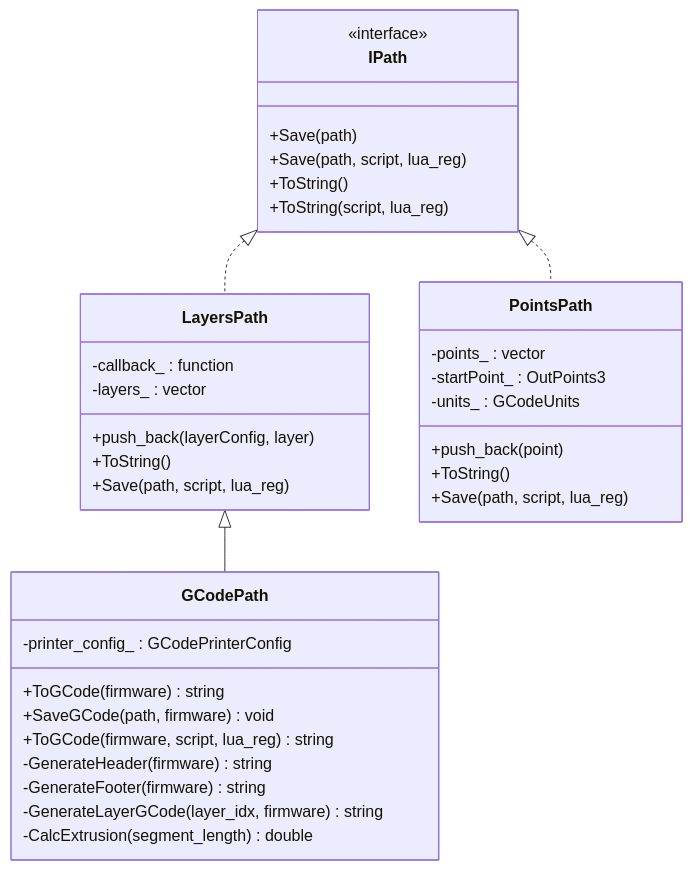
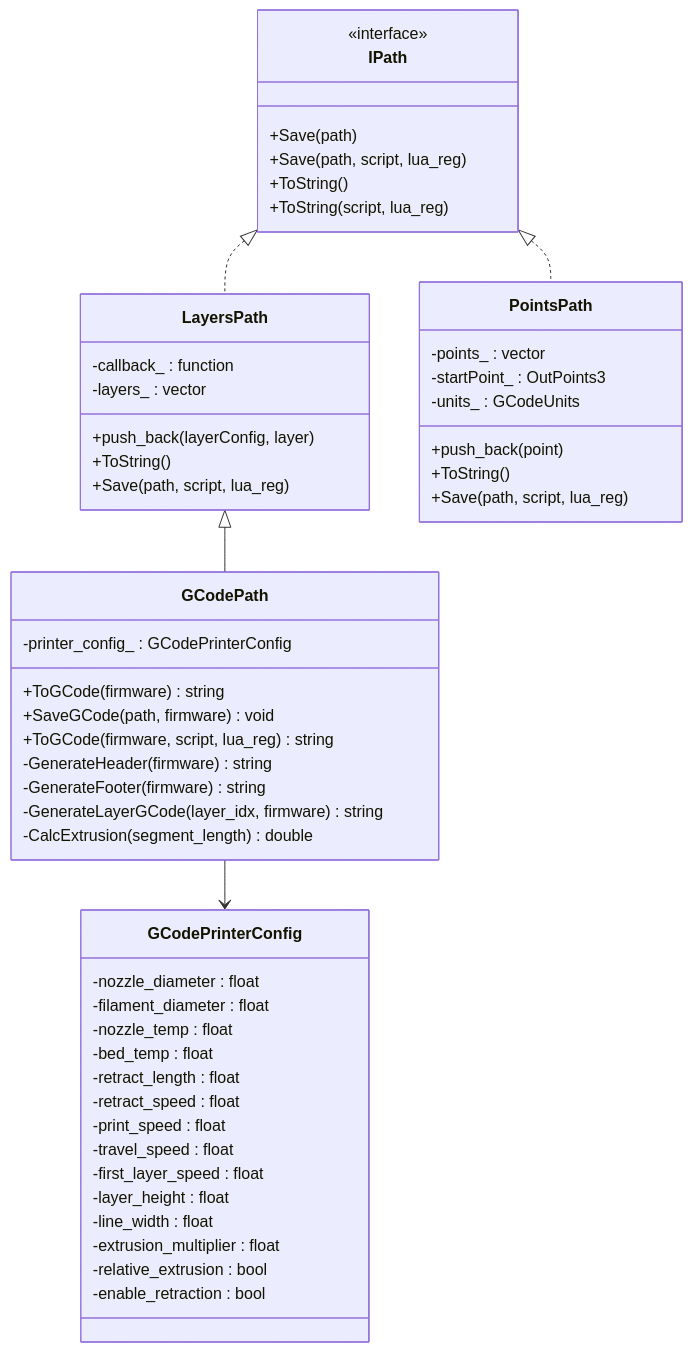
One commit to hsmbanlance/HsBaSlicer changed the third of 8 diagrams in .qoder/repowiki/en/content/Model Processing/Model Preprocessing System.md. Above: the diagram before and after it, drawn with Mermaid. The commit also changed other lines of this file and 14 other files, not shown here.

````diff
--- a/.qoder/repowiki/en/content/Model Processing/Model Preprocessing System.md
+++ b/.qoder/repowiki/en/content/Model Processing/Model Preprocessing System.md
@@ -153,38 +163,55 @@
 ```mermaid
 classDiagram
 class IPath {
 <<interface>>
 +Save(path)
 +Save(path, script, lua_reg)
 +ToString()
 +ToString(script, lua_reg)
 }
 class LayersPath {
 -callback_ : function
 -layers_ : vector<LayersData>
 +push_back(layerConfig, layer)
 +ToString()
 +Save(path, script, lua_reg)
 }
 class GCodePath {
 -printer_config_ : GCodePrinterConfig
 +ToGCode(firmware) string
 +SaveGCode(path, firmware) void
 +ToGCode(firmware, script, lua_reg) string
 -GenerateHeader(firmware) string
 -GenerateFooter(firmware) string
 -GenerateLayerGCode(layer_idx, firmware) string
 -CalcExtrusion(segment_length) double
 }
 class PointsPath {
 -points_ : vector<GPoint>
 -startPoint_ : OutPoints3
 -units_ : GCodeUnits
 +push_back(point)
 +ToString()
 +Save(path, script, lua_reg)
 }
+class GCodePrinterConfig {
+-nozzle_diameter : float
+-filament_diameter : float
+-nozzle_temp : float
+-bed_temp : float
+-retract_length : float
+-retract_speed : float
+-print_speed : float
+-travel_speed : float
+-first_layer_speed : float
+-layer_height : float
+-line_width : float
+-extrusion_multiplier : float
+-relative_extrusion : bool
+-enable_retraction : bool
+}
 IPath <|.. LayersPath
 LayersPath <|-- GCodePath
 IPath <|.. PointsPath
+GCodePath --> GCodePrinterConfig
 ```
````
